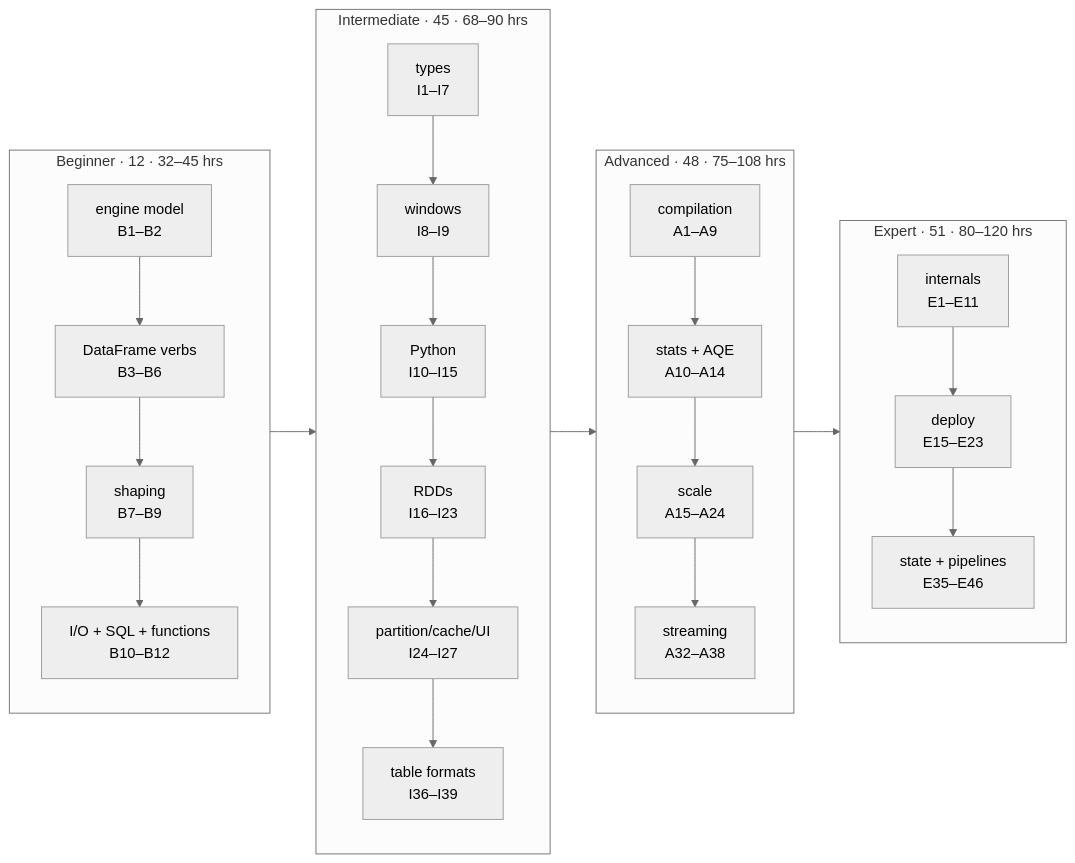
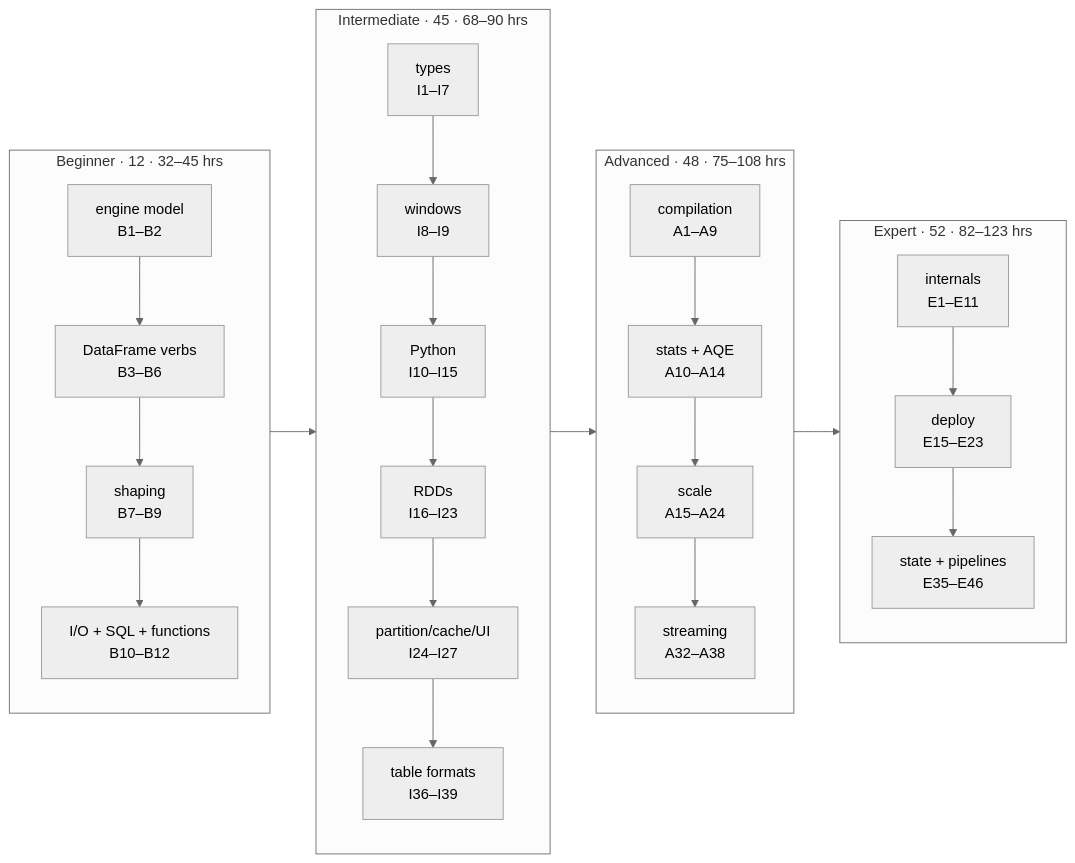
One commit to arindamchoudhury/spark-gyan changed the second of 2 diagrams in docs/learning-path-v2.md. Above: the diagram before and after it, drawn with Mermaid (neutral theme). The commit also changed other lines of this file, not shown here.

````diff
--- a/docs/learning-path-v2.md
+++ b/docs/learning-path-v2.md
@@ -2317,16 +2339,16 @@
 ```mermaid
 flowchart LR
     subgraph BEG["Beginner · 12 · 32–45 hrs"]
       B1["engine model<br/>B1–B2"] --> B2["DataFrame verbs<br/>B3–B6"] --> B3["shaping<br/>B7–B9"] --> B4["I/O + SQL + functions<br/>B10–B12"]
     end
     subgraph INT["Intermediate · 45 · 68–90 hrs"]
       I1["types<br/>I1–I7"] --> I2["windows<br/>I8–I9"] --> I3["Python<br/>I10–I15"] --> I4["RDDs<br/>I16–I23"] --> I5["partition/cache/UI<br/>I24–I27"] --> I6["table formats<br/>I36–I39"]
     end
     subgraph ADV["Advanced · 48 · 75–108 hrs"]
       A1["compilation<br/>A1–A9"] --> A2["stats + AQE<br/>A10–A14"] --> A3["scale<br/>A15–A24"] --> A4["streaming<br/>A32–A38"]
     end
-    subgraph EXP["Expert · 51 · 80–120 hrs"]
+    subgraph EXP["Expert · 52 · 82–123 hrs"]
       E1["internals<br/>E1–E11"] --> E2["deploy<br/>E15–E23"] --> E3["state + pipelines<br/>E35–E46"]
     end
     BEG --> INT --> ADV --> EXP
 ```
````
